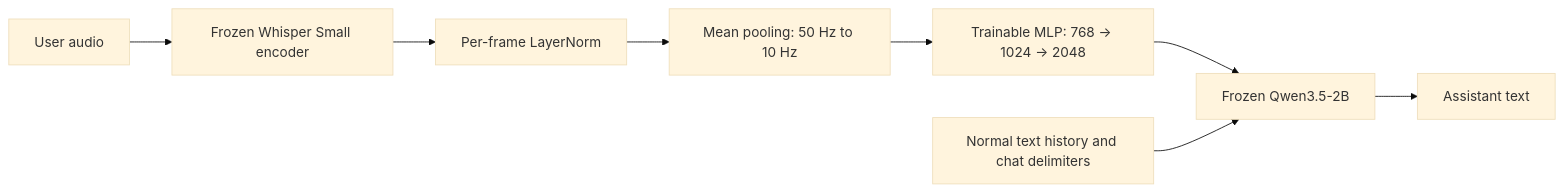
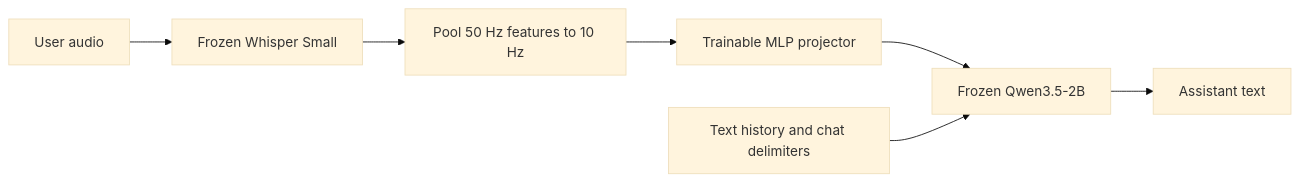
The diagram in README.md (BertilBraun/speech-llm-projection), drawn with Mermaid (base theme) before and after one commit. The commit also changed other lines of this file and 20 other files, not shown here.

````diff
--- a/README.md
+++ b/README.md
@@ -39,10 +16,9 @@
 ```mermaid
 flowchart LR
-    A[User audio] --> W[Frozen Whisper Small encoder]
-    W --> L[Per-frame LayerNorm]
-    L --> C[Mean pooling: 50 Hz to 10 Hz]
-    C --> P[Trainable MLP: 768 → 1024 → 2048]
+    A[User audio] --> W[Frozen Whisper Small]
+    W --> C[Pool 50 Hz features to 10 Hz]
+    C --> P[Trainable MLP projector]
     P --> Q[Frozen Qwen3.5-2B]
-    H[Normal text history and chat delimiters] --> Q
+    H[Text history and chat delimiters] --> Q
     Q --> R[Assistant text]
 ```
````
